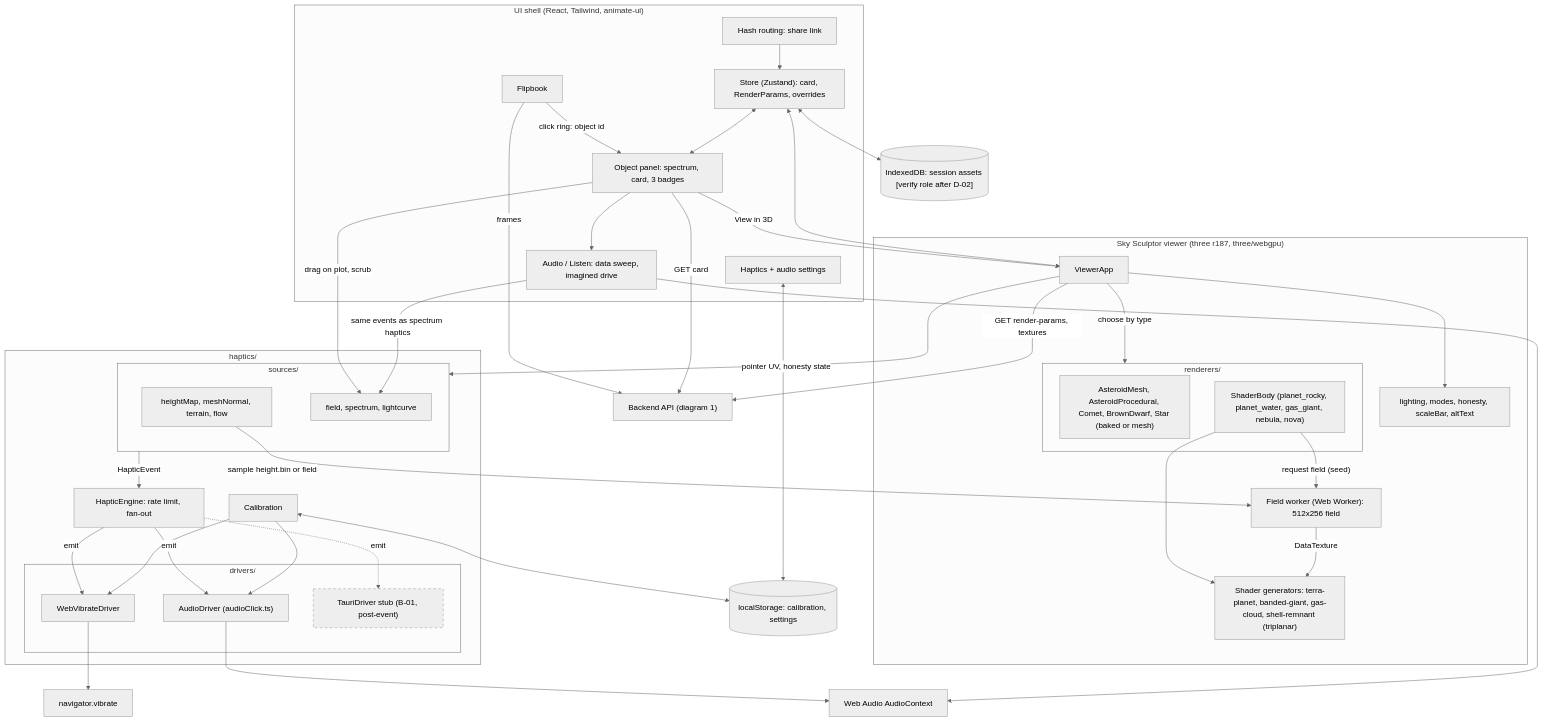
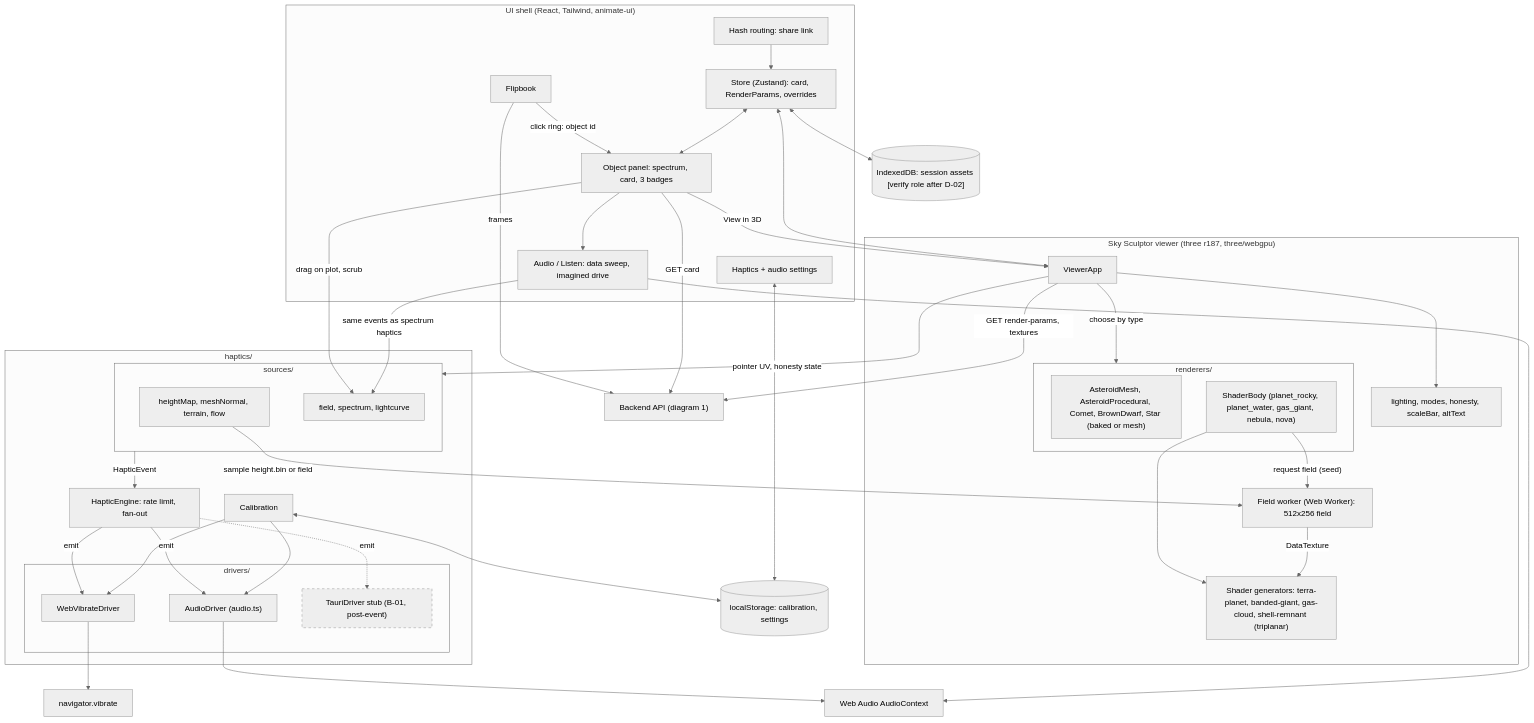
Before and after one commit to 0ffrian/SphereX: the second of 2 diagrams in docs/uml/02-component.md, drawn with Mermaid (neutral theme). The commit also changed other lines of this file and 72 other files, not shown here.

````diff
--- a/docs/uml/02-component.md
+++ b/docs/uml/02-component.md
@@ -91,77 +91,77 @@
 ```mermaid
 flowchart TB
   BackendAPI["Backend API (diagram 1)"]
 
   subgraph UI["UI shell (React, Tailwind, animate-ui)"]
     Router["Hash routing: share link"]
     Flipbook["Flipbook"]
     Panel["Object panel: spectrum, card, 3 badges"]
     Listen["Audio / Listen: data sweep, imagined drive"]
     Store["Store (Zustand): card, RenderParams, overrides"]
     Settings["Haptics + audio settings"]
   end
 
   subgraph Viewer["Sky Sculptor viewer (three r187, three/webgpu)"]
     ViewerApp["ViewerApp"]
     Support["lighting, modes, honesty, scaleBar, altText"]
     subgraph Renderers["renderers/"]
       RBaked["AsteroidMesh, AsteroidProcedural, Comet, BrownDwarf, Star (baked or mesh)"]
       RShader["ShaderBody (planet_rocky, planet_water, gas_giant, nebula, nova)"]
     end
     ShaderGen["Shader generators: terra-planet, banded-giant, gas-cloud, shell-remnant (triplanar)"]
     FieldWorker["Field worker (Web Worker): 512x256 field"]
   end
 
   subgraph Haptics["haptics/"]
     Engine["HapticEngine: rate limit, fan-out"]
     Calib["Calibration"]
     subgraph Sources["sources/"]
       SrcSurface["heightMap, meshNormal, terrain, flow"]
       SrcData["field, spectrum, lightcurve"]
     end
     subgraph Drivers["drivers/"]
       DVib["WebVibrateDriver"]
-      DAud["AudioDriver (audioClick.ts)"]
+      DAud["AudioDriver (audio.ts)"]
       DTauri["TauriDriver stub (B-01, post-event)"]
     end
   end
 
   IDB[("IndexedDB: session assets [verify role after D-02]")]
   LS[("localStorage: calibration, settings")]
   Vibrate["navigator.vibrate"]
   WebAudio["Web Audio AudioContext"]
 
   Router --> Store
   Flipbook -->|"frames"| BackendAPI
   Panel -->|"GET card"| BackendAPI
   ViewerApp -->|"GET render-params, textures"| BackendAPI
   Flipbook -->|"click ring: object id"| Panel
   Panel -->|"View in 3D"| ViewerApp
   Panel --> Listen
   Store <--> Panel
   Store <--> ViewerApp
   Store <--> IDB
   ViewerApp --> Support
   ViewerApp -->|"choose by type"| Renderers
   RShader --> ShaderGen
   RShader -->|"request field (seed)"| FieldWorker
   FieldWorker -->|"DataTexture"| ShaderGen
   ViewerApp -->|"pointer UV, honesty state"| Sources
   SrcSurface -->|"sample height.bin or field"| FieldWorker
   Panel -->|"drag on plot, scrub"| SrcData
   Listen -->|"same events as spectrum haptics"| SrcData
   Sources -->|"HapticEvent"| Engine
   Engine -->|"emit"| DVib
   Engine -->|"emit"| DAud
   Engine -.->|"emit"| DTauri
   DVib --> Vibrate
   DAud --> WebAudio
   Listen --> WebAudio
   Calib <--> LS
   Settings <--> LS
   Calib --> DVib
   Calib --> DAud
 
   classDef post stroke-dasharray: 5 5
   class DTauri post
 ```
````
